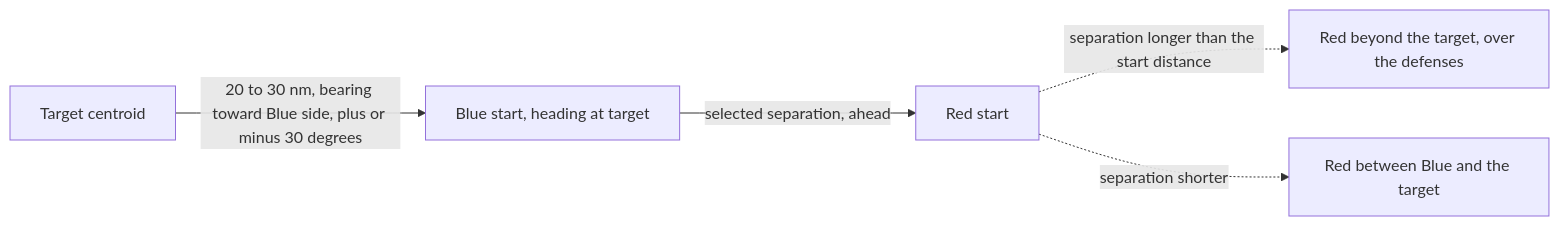
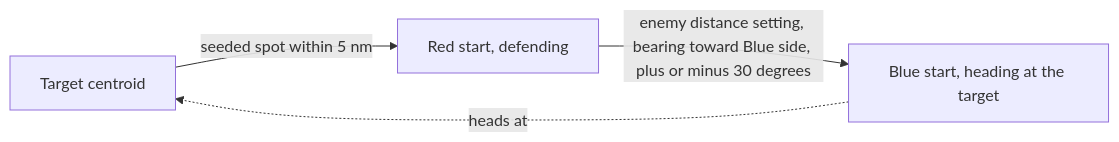
One commit to john-overton/T.O.R.E-Fighters changed the second of 5 diagrams in docs/spec/surface-defenses.md. Above: the diagram before and after it, drawn with Mermaid. The commit also changed other lines of this file and 16 other files, not shown here.

First line of the commit message:
Start Red by the target and Blue the enemy distance away; adopt radars within 3.5 nm; draw the HAWK radar as SRDR2

````diff
--- a/docs/spec/surface-defenses.md
+++ b/docs/spec/surface-defenses.md
@@ -424,7 +424,6 @@
 ```mermaid
 flowchart LR
-    T[Target centroid] -->|20 to 30 nm, bearing toward Blue side, plus or minus 30 degrees| B[Blue start, heading at target]
-    B -->|selected separation, ahead| R[Red start]
-    R -.->|separation longer than the start distance| Beyond[Red beyond the target, over the defenses]
-    R -.->|separation shorter| Between[Red between Blue and the target]
+    T[Target centroid] -->|seeded spot within 5 nm| R[Red start, defending]
+    R -->|enemy distance setting, bearing toward Blue side, plus or minus 30 degrees| B[Blue start, heading at the target]
+    B -.->|heads at| T
 ```
````
